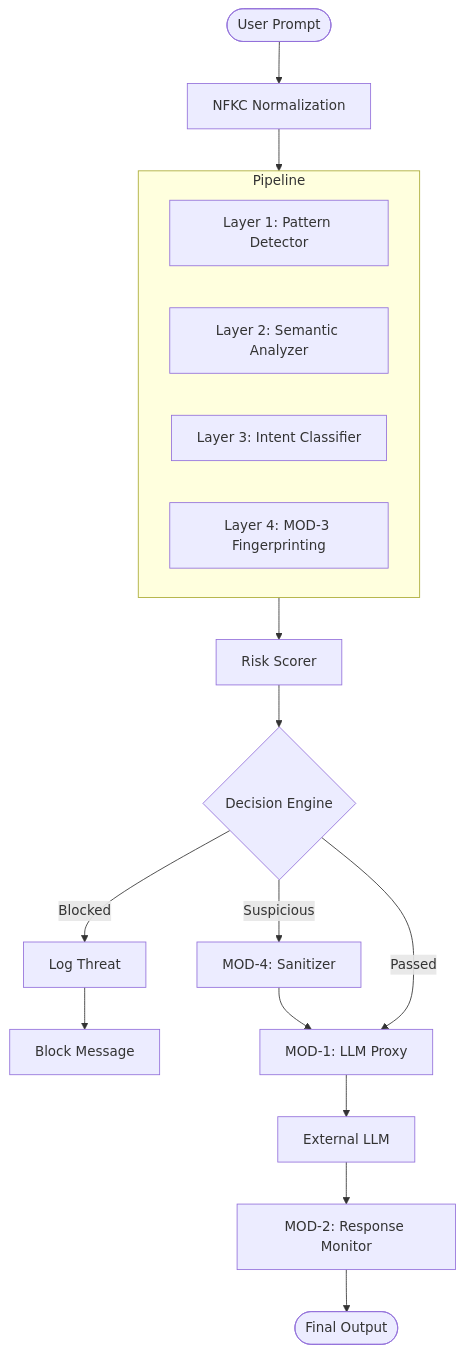
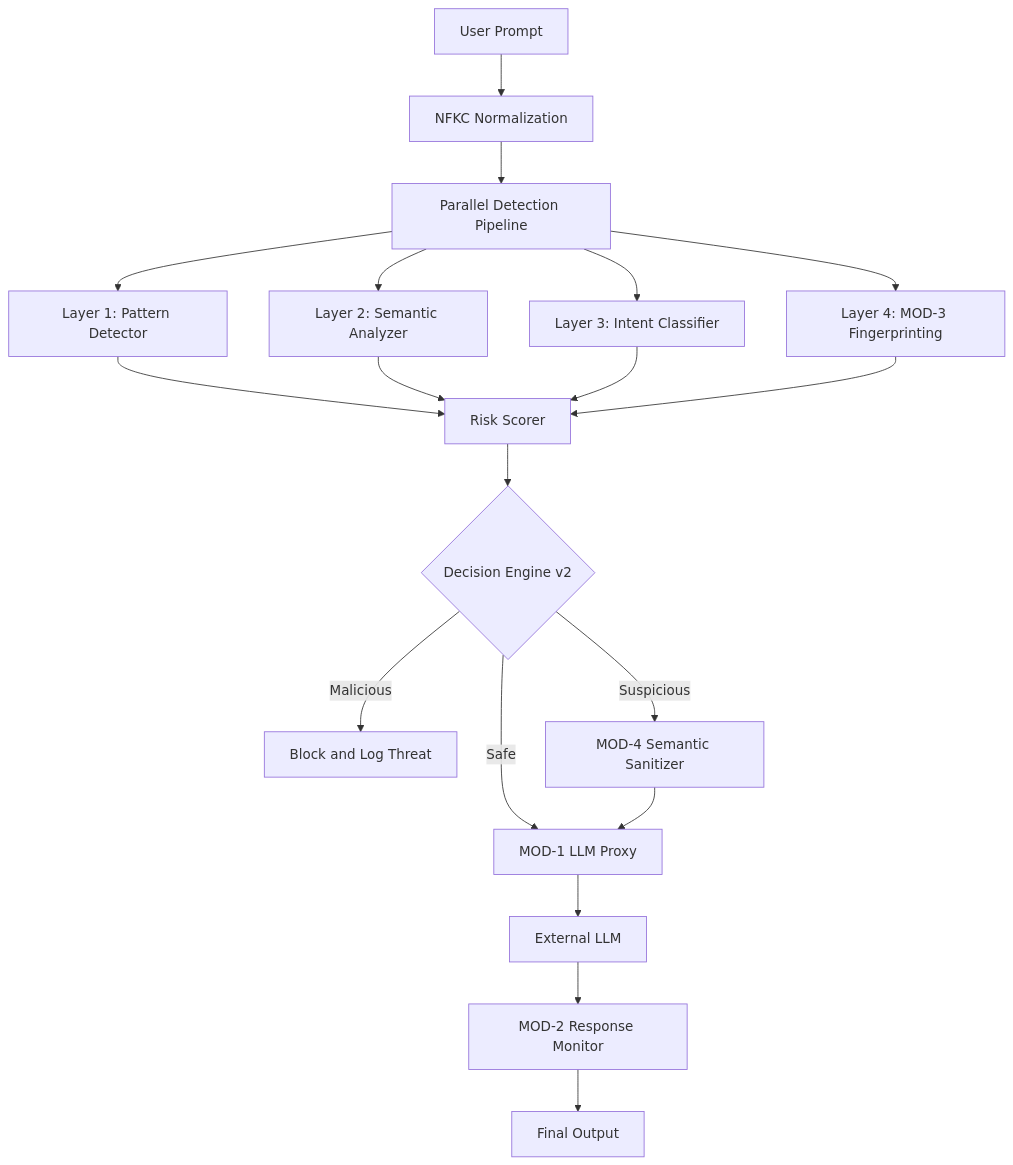
Before and after one commit to Piyush-Karn/IronGuard-AI: the diagram in documentation/architecture.md, drawn with Mermaid. The commit also changed 2 other files, not shown here.

Commit message:
feat: Implement LLM proxy layer with security, rate limiting, and provider fallback, along with architecture documentation.

````diff
--- a/documentation/architecture.md
+++ b/documentation/architecture.md
@@ -45,23 +45,28 @@
 ```mermaid
 graph TD
-    User([User Prompt]) --> Norm[NFKC Normalization]
-    Norm --> Pipeline[Parallel Detection Pipeline]
-    
-    subgraph Pipeline
-        L1[Layer 1: Pattern Detector]
-        L2[Layer 2: Semantic Analyzer]
-        L3[Layer 3: Intent Classifier]
-        L4[Layer 4: MOD-3 Fingerprinting]
-    end
-    
-    Pipeline --> Scorer[Risk Scorer]
-    Scorer --> Decision{Decision Engine}
-    
-    Decision -- Blocked --> Log[Log Threat] --> Reject[Block Message]
-    Decision -- Suspicious --> Sanitizer[MOD-4: Sanitizer] --> Proxy
-    Decision -- Passed --> Proxy[MOD-1: LLM Proxy]
-    
-    Proxy --> LLM[External LLM]
-    LLM --> Monitor[MOD-2: Response Monitor]
-    Monitor --> Output([Final Output])
+    A[User Prompt] --> B[NFKC Normalization]
+
+    B --> C[Parallel Detection Pipeline]
+
+    C --> C1[Layer 1: Pattern Detector]
+    C --> C2[Layer 2: Semantic Analyzer]
+    C --> C3[Layer 3: Intent Classifier]
+    C --> C4[Layer 4: MOD-3 Fingerprinting]
+
+    C1 --> D[Risk Scorer]
+    C2 --> D
+    C3 --> D
+    C4 --> D
+
+    D --> E{Decision Engine v2}
+
+    E -->|Malicious| F[Block and Log Threat]
+    E -->|Suspicious| G[MOD-4 Semantic Sanitizer]
+    E -->|Safe| H[MOD-1 LLM Proxy]
+
+    G --> H
+
+    H --> I[External LLM]
+    I --> J[MOD-2 Response Monitor]
+    J --> K[Final Output]
 ```
````
